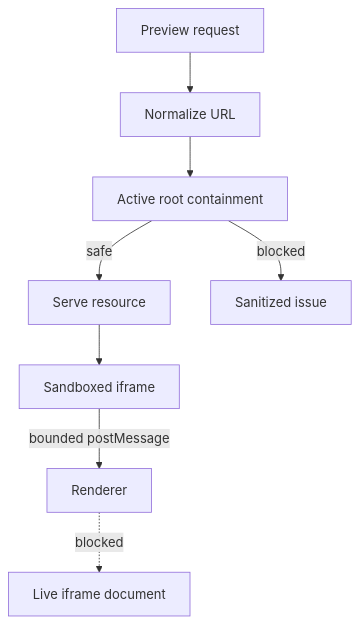
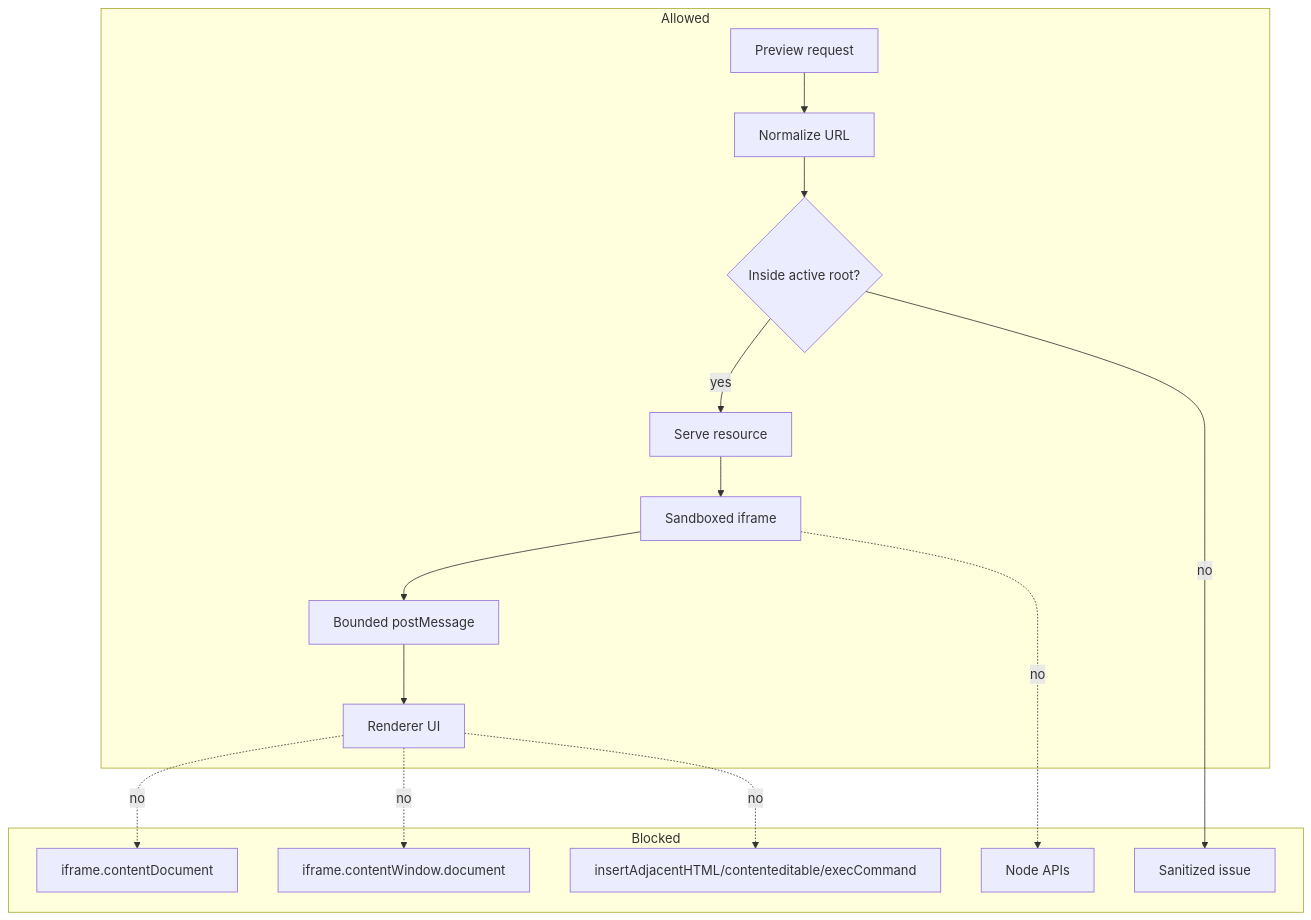
Before and after one commit to krestosa/Crystal: the diagram in docs/architecture/preview/preview-safety.md, drawn with Mermaid. The commit also changed other lines of this file and 12 other files, not shown here.

Commit message:
Add richer preview and command documentation

````diff
--- a/docs/architecture/preview/preview-safety.md
+++ b/docs/architecture/preview/preview-safety.md
@@ -15,10 +68,19 @@
 ```mermaid
 flowchart TD
-  Request[Preview request] --> Normalize[Normalize URL]
-  Normalize --> RootCheck[Active root containment]
-  RootCheck -->|safe| Serve[Serve resource]
-  RootCheck -->|blocked| Issue[Sanitized issue]
-  Serve --> Iframe[Sandboxed iframe]
-  Iframe -->|bounded postMessage| Renderer[Renderer]
-  Renderer -. blocked .-> LiveDOM[Live iframe document]
+  subgraph Allowed[Allowed]
+    Request[Preview request] --> Normalize[Normalize URL]
+    Normalize --> RootCheck{Inside active root?}
+    RootCheck -->|yes| Serve[Serve resource]
+    Serve --> Iframe[Sandboxed iframe]
+    Iframe --> Message[Bounded postMessage]
+    Message --> Renderer[Renderer UI]
+  end
+
+  subgraph Blocked[Blocked]
+    RootCheck -->|no| Issue[Sanitized issue]
+    Renderer -. no .-> LiveDOM[iframe.contentDocument]
+    Renderer -. no .-> LiveWindow[iframe.contentWindow.document]
+    Iframe -. no .-> Node[Node APIs]
+    Renderer -. no .-> Insert[insertAdjacentHTML/contenteditable/execCommand]
+  end
 ```
````
